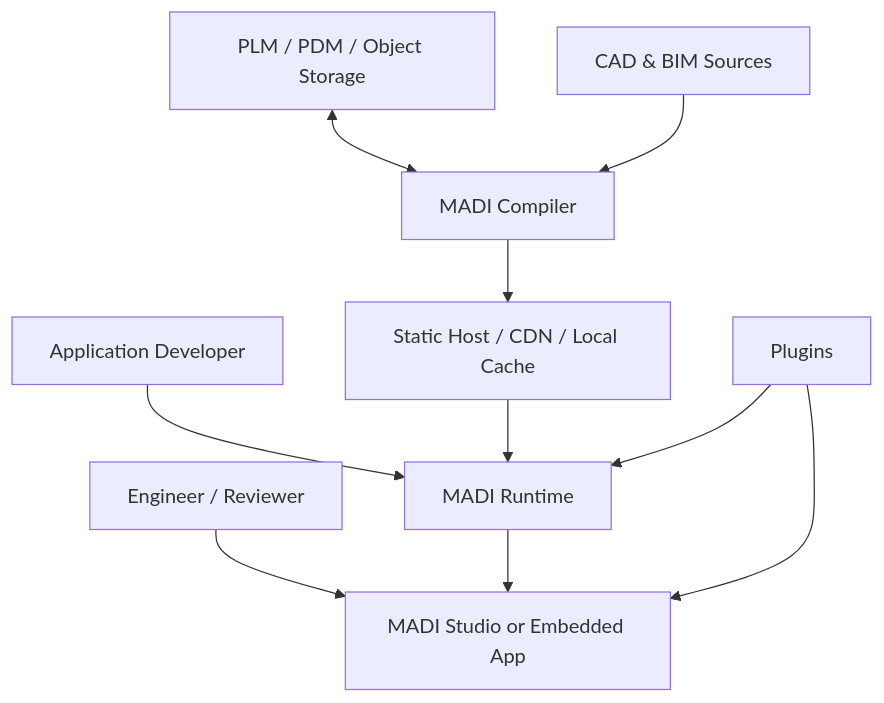
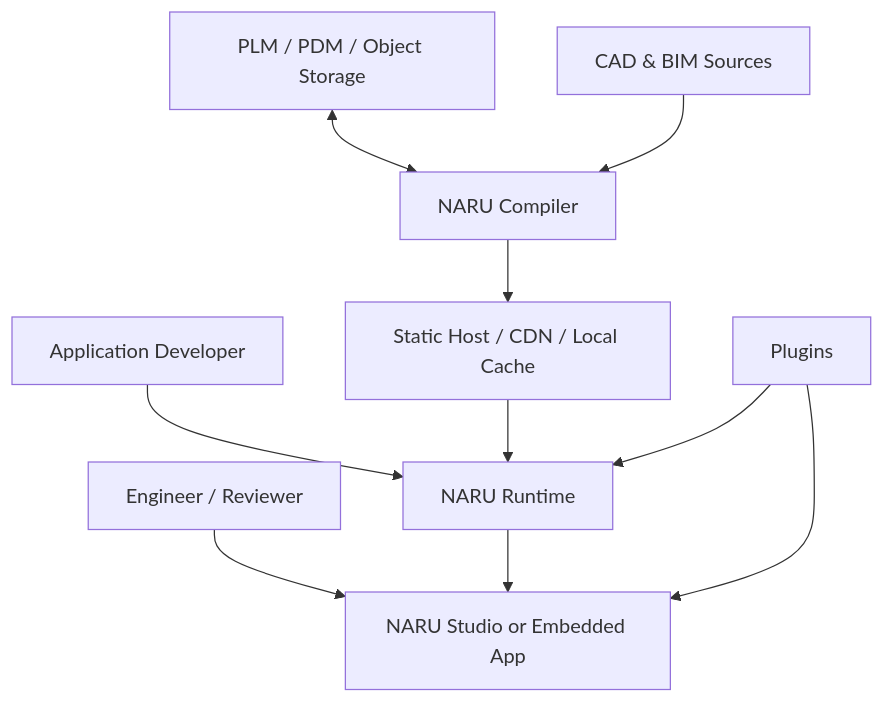
The first of 5 diagrams in docs/ARCHITECTURE.md (1n01raymond/madi), drawn with Mermaid before and after one commit. The commit also changed other lines of this file and 96 other files, not shown here.

First line of the commit message:
feat: rebrand MADI to NARU, freezing serialized identifiers (ADR-0007) (#37)

````diff
--- a/docs/ARCHITECTURE.md
+++ b/docs/ARCHITECTURE.md
@@ -25,22 +25,22 @@
 ```mermaid
 flowchart TB
     U[Engineer / Reviewer]
     D[Application Developer]
     CAD[CAD & BIM Sources]
     PDM[PLM / PDM / Object Storage]
-    COMP[MADI Compiler]
+    COMP[NARU Compiler]
     STORE[Static Host / CDN / Local Cache]
-    RT[MADI Runtime]
-    STUDIO[MADI Studio or Embedded App]
+    RT[NARU Runtime]
+    STUDIO[NARU Studio or Embedded App]
     PLUG[Plugins]
 
     CAD --> COMP
     PDM <--> COMP
     COMP --> STORE
     STORE --> RT
     RT --> STUDIO
     PLUG --> STUDIO
     PLUG --> RT
     U --> STUDIO
     D --> RT
 ```
````
